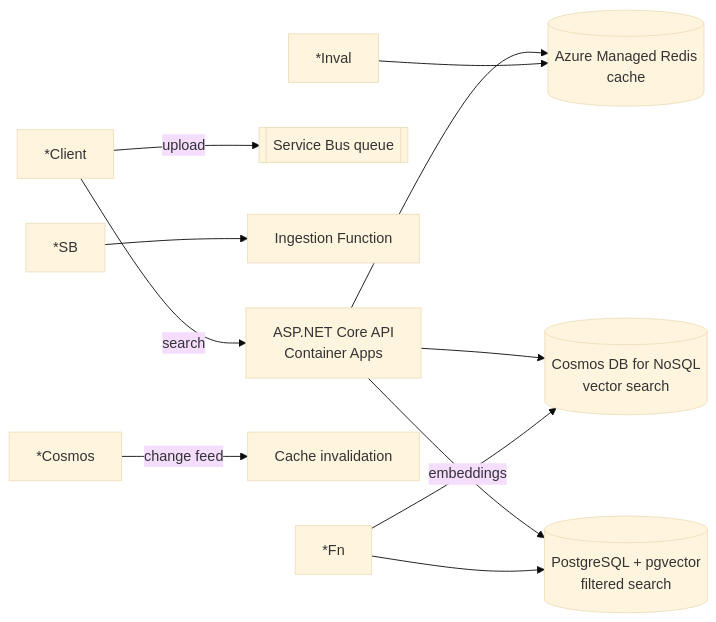
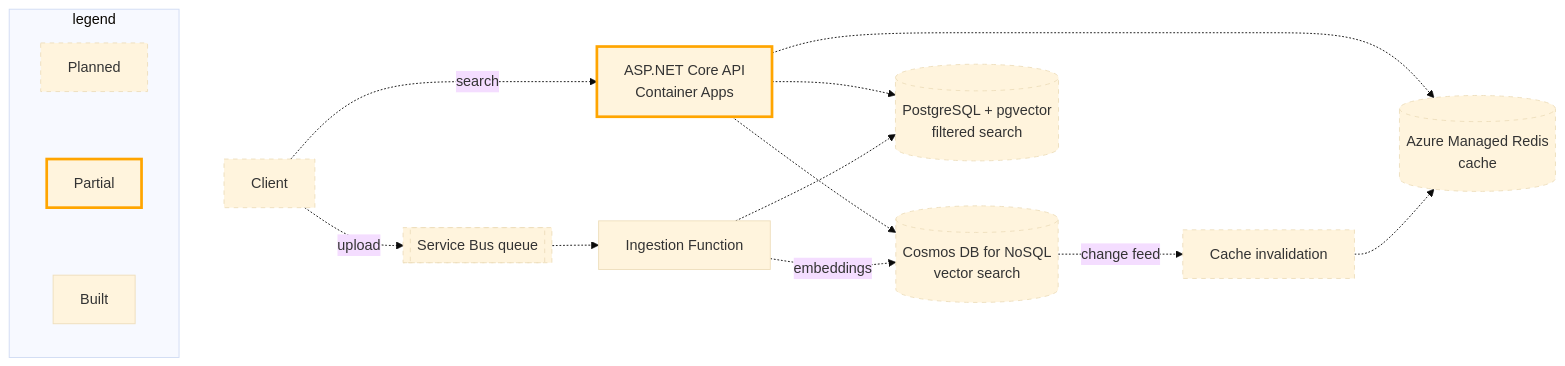
The diagram in README.md (Fkitchell/RagSearch), drawn with Mermaid (base theme) before and after one commit. The commit also changed other lines of this file and 6 other files, not shown here.

Commit message:
Refactor project structure: remove old test project, add new test files, and update README with architecture and observability details

````diff
--- a/README.md
+++ b/README.md
@@ -13,13 +12,26 @@
 ```mermaid
 flowchart LR
-    *Client -->|search| API[ASP.NET Core API<br/>Container Apps]
-    API --> Redis[(Azure Managed Redis<br/>cache)]
-    API --> Cosmos[(Cosmos DB for NoSQL<br/>vector search)]
-    API --> PG[(PostgreSQL + pgvector<br/>filtered search)]
-    *Client -->|upload| SB[[Service Bus queue]]
-    *SB --> Fn[Ingestion Function]
-    *Fn -->|embeddings| Cosmos
-    *Fn --> PG
-    *Cosmos -->|change feed| Inval[Cache invalidation]
-    *Inval --> Redis
+    L3[Built] ~~~ Client -.->|search| API[ASP.NET Core API<br/>Container Apps]
+    API -.-> Redis[(Azure Managed Redis<br/>cache)]
+    API -.-> Cosmos[(Cosmos DB for NoSQL<br/>vector search)]
+    API -.-> PG[(PostgreSQL + pgvector<br/>filtered search)]
+    Client -.->|upload| SB[[Service Bus queue]]
+    SB -.-> Fn[Ingestion Function]
+    Fn -.->|embeddings| Cosmos
+    Fn -.-> PG
+    Cosmos -.->|change feed| Inval[Cache invalidation]
+    Inval -.-> Redis
+
+classDef planned stroke-dasharray: 5 5
+classDef partial stroke-width:3px,stroke:orange
+
+class API partial
+class Cosmos,Inval,Redis,Client,SB,PG,FN planned
+
+subgraph legend
+    direction TB
+    L1[Planned]:::planned ~~~
+    L2[Partial]:::partial ~~~
+    L3[Built]
+    end
 ```
````
